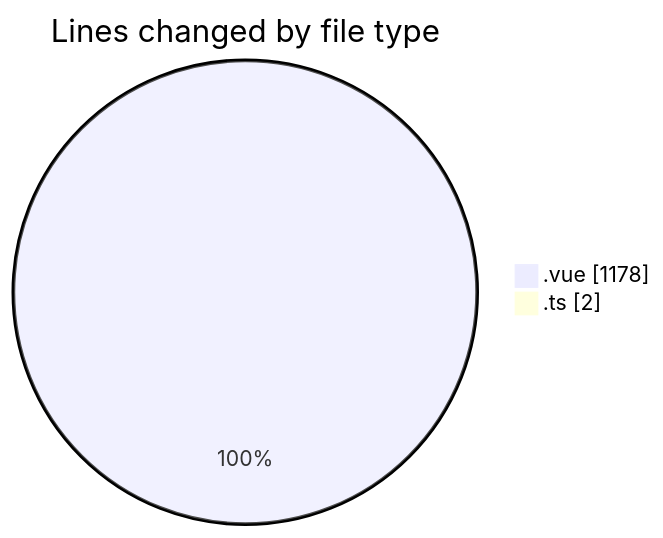
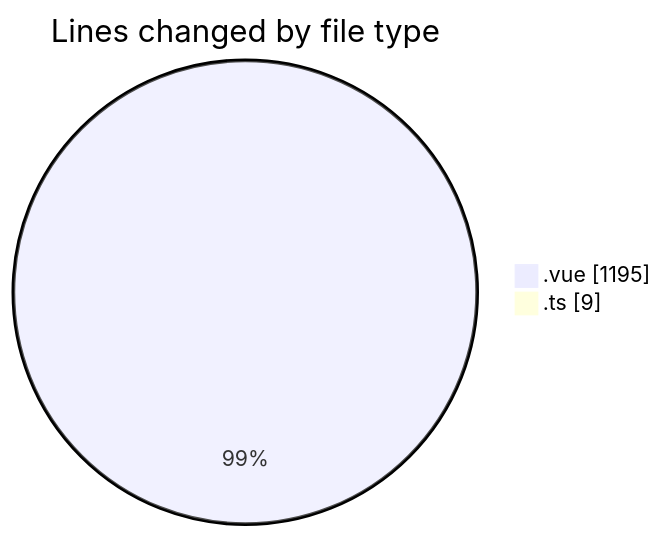
Before and after one commit to robertbonfada/code-tracking: the first of 2 diagrams in 2025-03-17/lumine-web/README.md, drawn with Mermaid. The commit also changed other lines of this file and 1 other file, not shown here.

````diff
--- a/2025-03-17/lumine-web/README.md
+++ b/2025-03-17/lumine-web/README.md
@@ -26,6 +26,6 @@
 ```mermaid
 pie showData
 title Lines changed by file type
-".vue" : 1178
-".ts" : 2
+".vue" : 1195
+".ts" : 9
 ```
````
